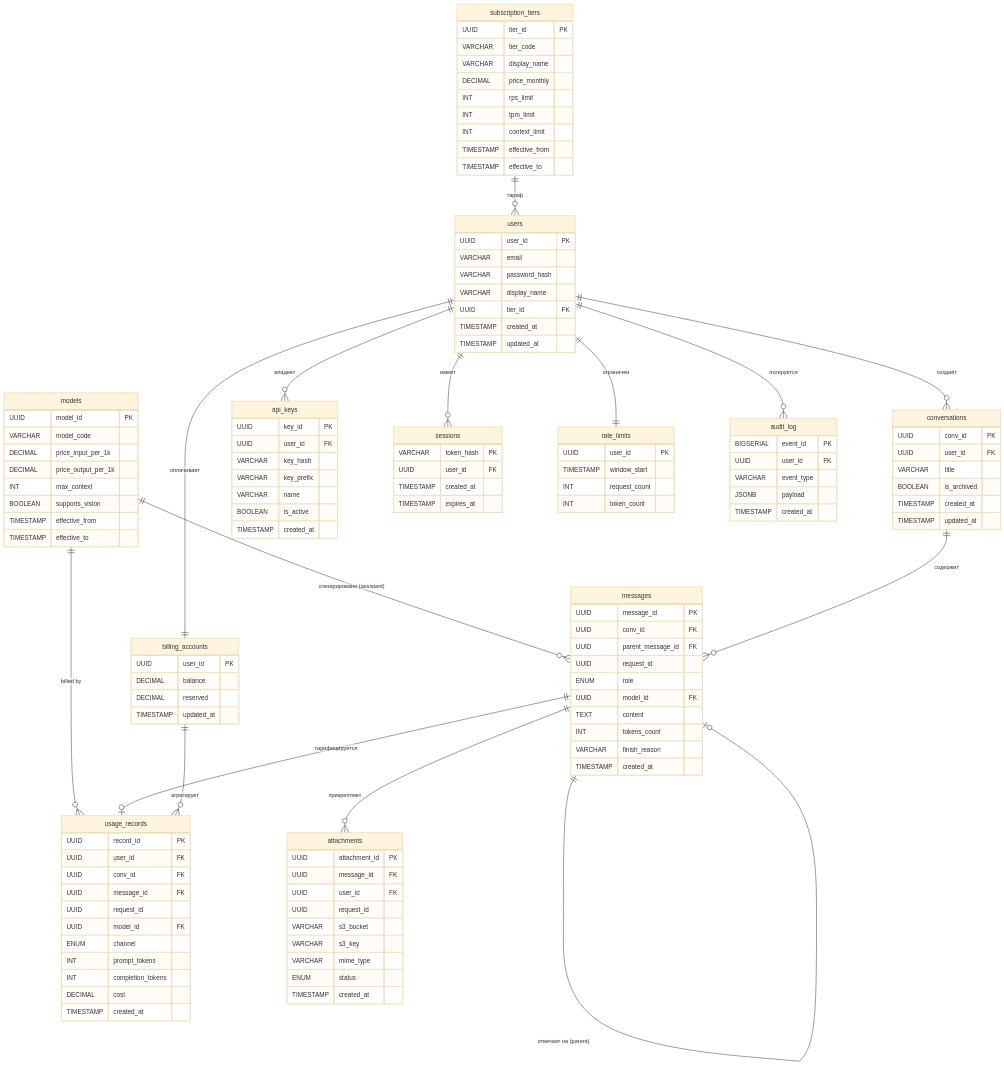
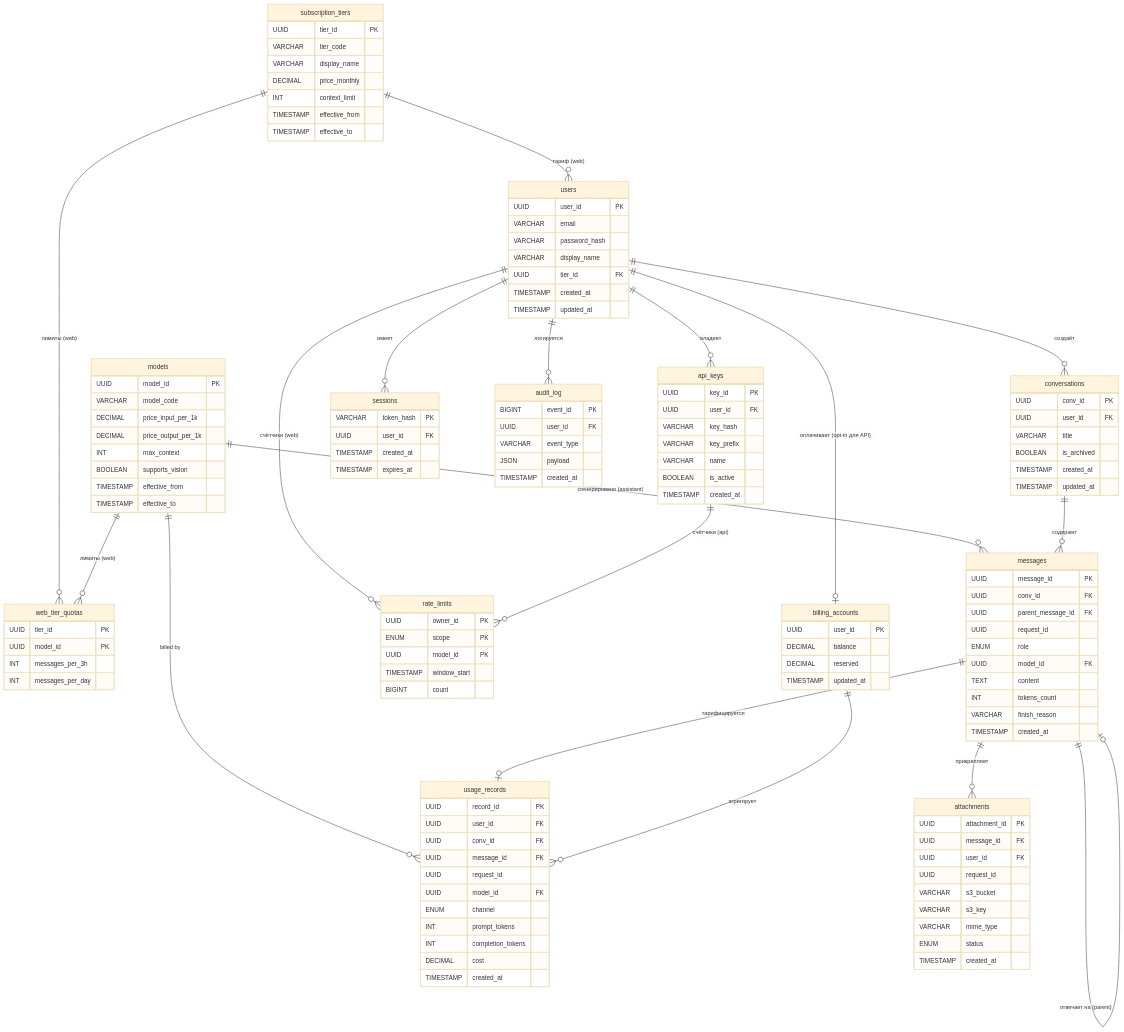
One commit to yaksase/highload_hse changed the third of 7 diagrams in README.md. Above: the diagram before and after it, drawn with Mermaid (base theme). The commit also changed other lines of this file, not shown here.

Commit message:
доработка rate limiting

````diff
--- a/README.md
+++ b/README.md
@@ -555,13 +555,16 @@
 ```mermaid
 erDiagram
-    subscription_tiers ||--o{ users : "тариф"
+    subscription_tiers ||--o{ users : "тариф (web)"
+    subscription_tiers ||--o{ web_tier_quotas : "лимиты (web)"
+    models ||--o{ web_tier_quotas : "лимиты (web)"
     models ||--o{ messages : "сгенерировано (assistant)"
     models ||--o{ usage_records : "billed by"
     users ||--o{ conversations : "создаёт"
     users ||--o{ api_keys : "владеет"
     users ||--o{ sessions : "имеет"
-    users ||--|| rate_limits : "ограничен"
-    users ||--|| billing_accounts : "оплачивает"
+    users ||--o{ rate_limits : "счётчики (web)"
+    api_keys ||--o{ rate_limits : "счётчики (api)"
+    users ||--o| billing_accounts : "оплачивает (opt-in для API)"
     conversations ||--o{ messages : "содержит"
     messages ||--o| messages : "отвечает на (parent)"
     messages ||--o{ attachments : "прикрепляет"
@@ -574,8 +577,6 @@
         VARCHAR tier_code
         VARCHAR display_name
         DECIMAL price_monthly
-        INT rps_limit
-        INT tpm_limit
         INT context_limit
         TIMESTAMP effective_from
         TIMESTAMP effective_to
@@ -590,6 +591,13 @@
         BOOLEAN supports_vision
         TIMESTAMP effective_from
         TIMESTAMP effective_to
+    }
+
+    web_tier_quotas {
+        UUID tier_id PK
+        UUID model_id PK
+        INT messages_per_3h
+        INT messages_per_day
     }
 
     users {
@@ -656,10 +664,11 @@
     }
 
     rate_limits {
-        UUID user_id PK
+        UUID owner_id PK
+        ENUM scope PK
+        UUID model_id PK
         TIMESTAMP window_start
-        INT request_count
-        INT token_count
+        BIGINT count
     }
 
     billing_accounts {
@@ -682,10 +691,10 @@
     }
 
     audit_log {
-        BIGSERIAL event_id PK
+        BIGINT event_id PK
         UUID user_id FK
         VARCHAR event_type
-        JSONB payload
+        JSON payload
         TIMESTAMP created_at
     }
 ```
````
